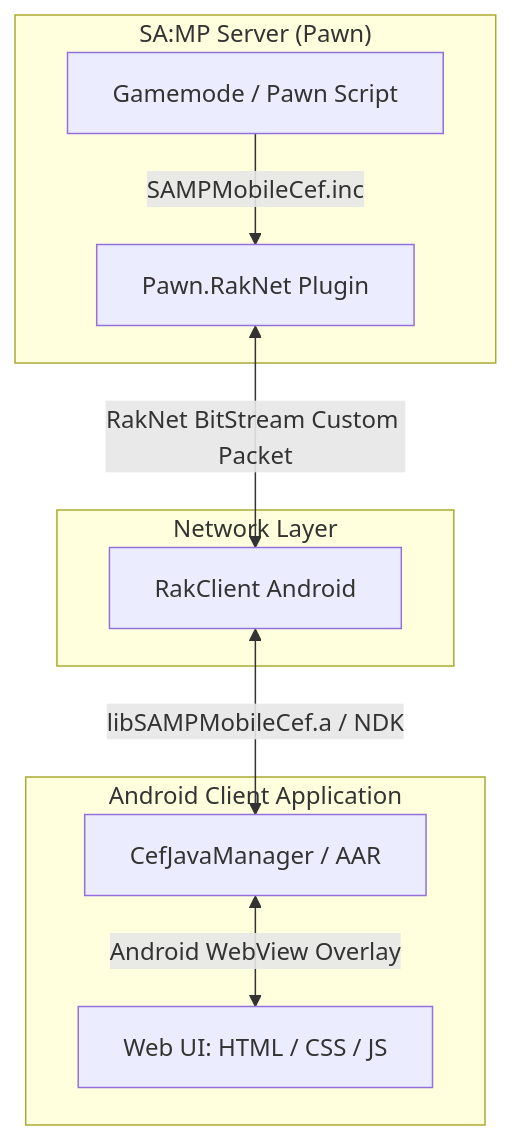
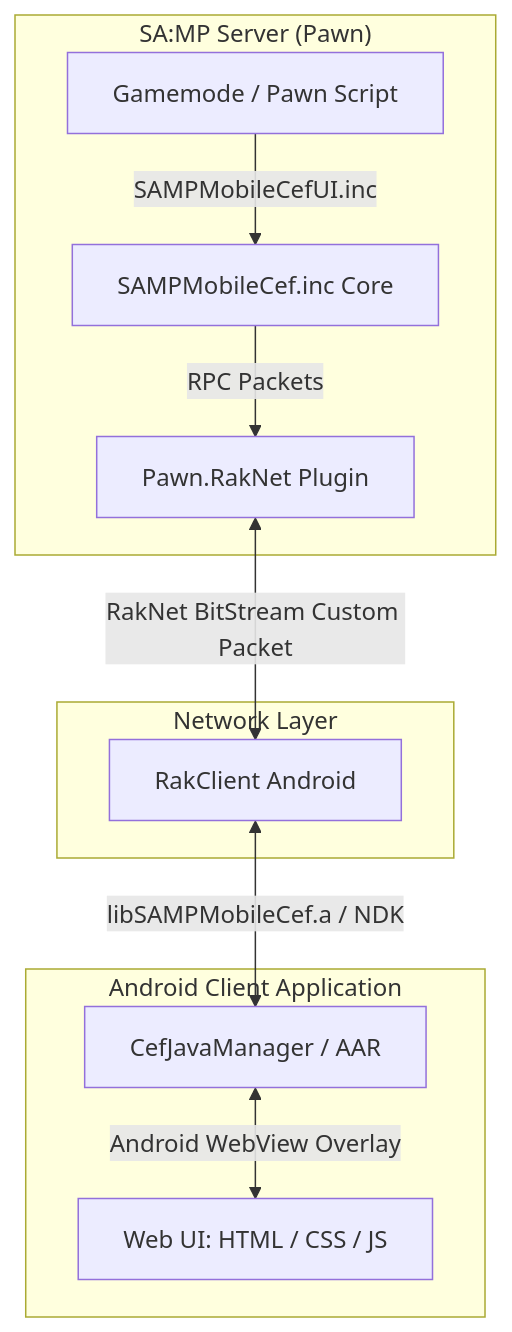
One commit to DragoniaCompany1/samp-mobile-cef changed the diagram in README.md. Above: the diagram before and after it, drawn with Mermaid. The commit also changed other lines of this file and 3 other files, not shown here.

````diff
--- a/README.md
+++ b/README.md
@@ -44,15 +48,16 @@
 ```mermaid
 graph TD
     subgraph "SA:MP Server (Pawn)"
-        A[Gamemode / Pawn Script] -->|SAMPMobileCef.inc| B[Pawn.RakNet Plugin]
+        A[Gamemode / Pawn Script] -->|SAMPMobileCefUI.inc| B[SAMPMobileCef.inc Core]
+        B -->|RPC Packets| C[Pawn.RakNet Plugin]
     end
 
     subgraph "Network Layer"
-        B <-->|RakNet BitStream Custom Packet| C[RakClient Android]
+        C <-->|RakNet BitStream Custom Packet| D[RakClient Android]
     end
 
     subgraph "Android Client Application"
-        C <-->|libSAMPMobileCef.a / NDK| D[CefJavaManager / AAR]
-        D <-->|Android WebView Overlay| E[Web UI: HTML / CSS / JS]
+        D <-->|libSAMPMobileCef.a / NDK| E[CefJavaManager / AAR]
+        E <-->|Android WebView Overlay| F[Web UI: HTML / CSS / JS]
     end
 ```
````
